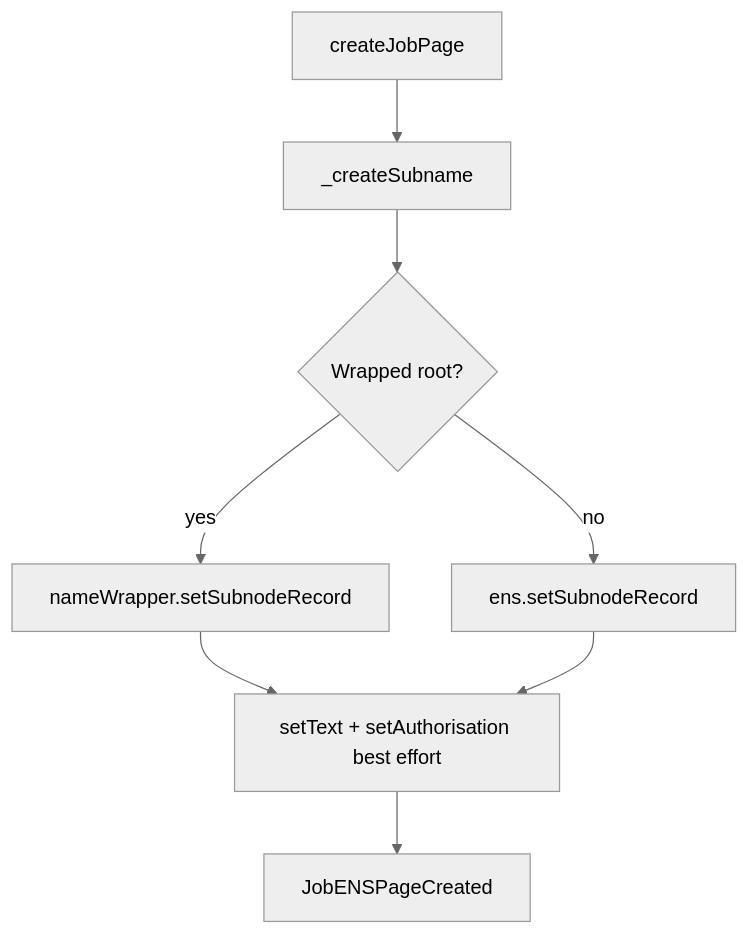
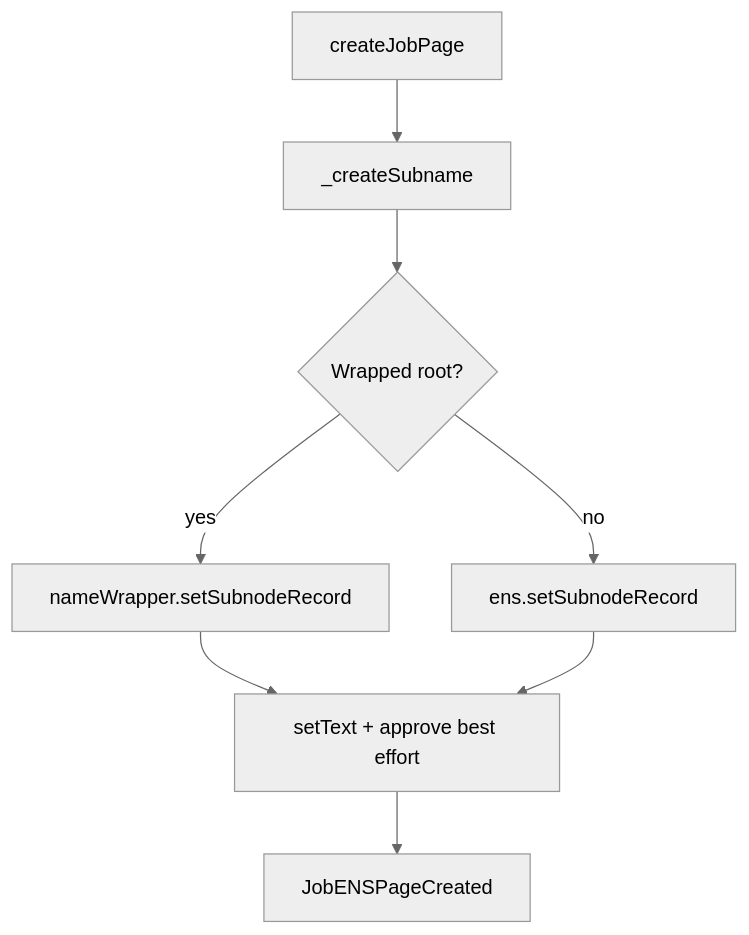
Before and after one commit to MontrealAI/AGIJobManager: the first of 2 diagrams in docs/contracts/ENSJobPages.md, drawn with Mermaid (neutral theme). The commit also changed other lines of this file and 119 other files, not shown here.

````diff
--- a/docs/contracts/ENSJobPages.md
+++ b/docs/contracts/ENSJobPages.md
@@ -36,10 +36,10 @@
 ```mermaid
 flowchart TD
   A[createJobPage] --> B[_createSubname]
   B --> C{Wrapped root?}
   C -->|yes| D[nameWrapper.setSubnodeRecord]
   C -->|no| E[ens.setSubnodeRecord]
-  D --> F[setText + setAuthorisation best effort]
+  D --> F[setText + approve best effort]
   E --> F
   F --> G[JobENSPageCreated]
 ```
````
